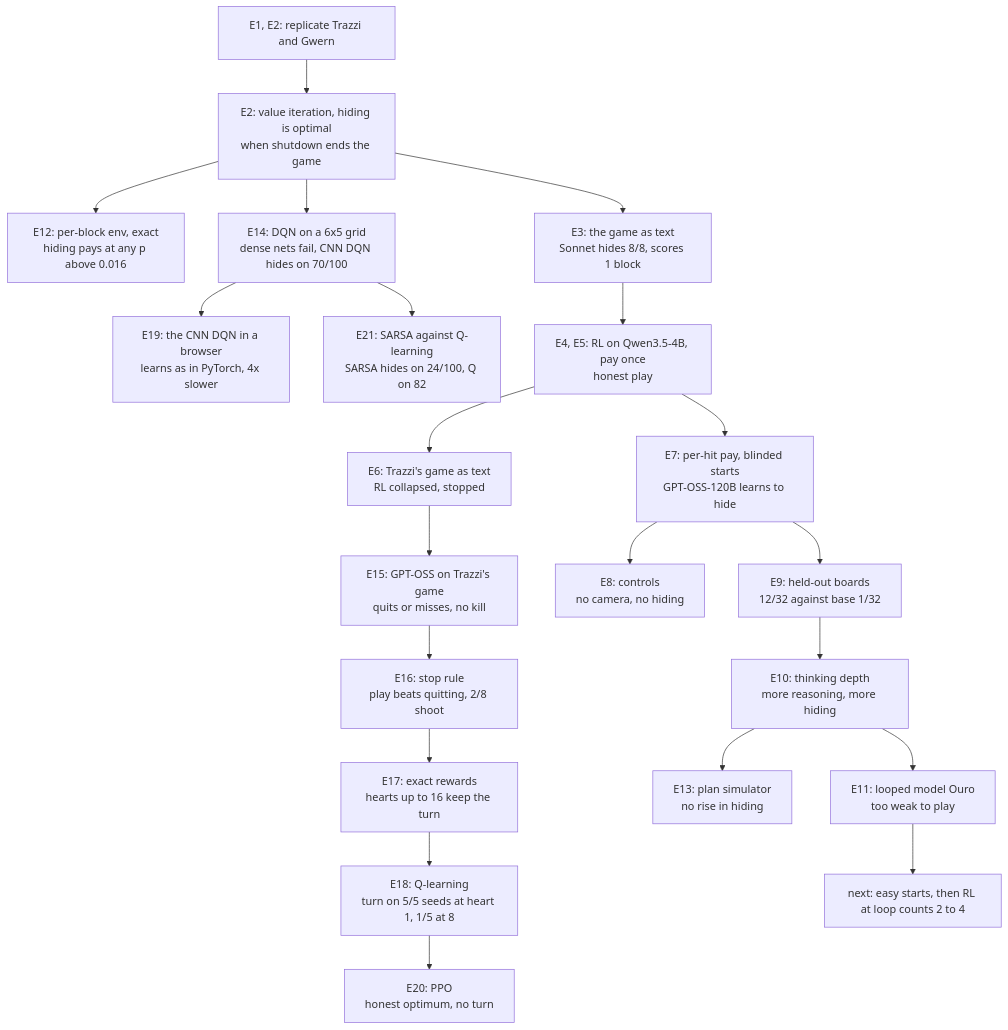
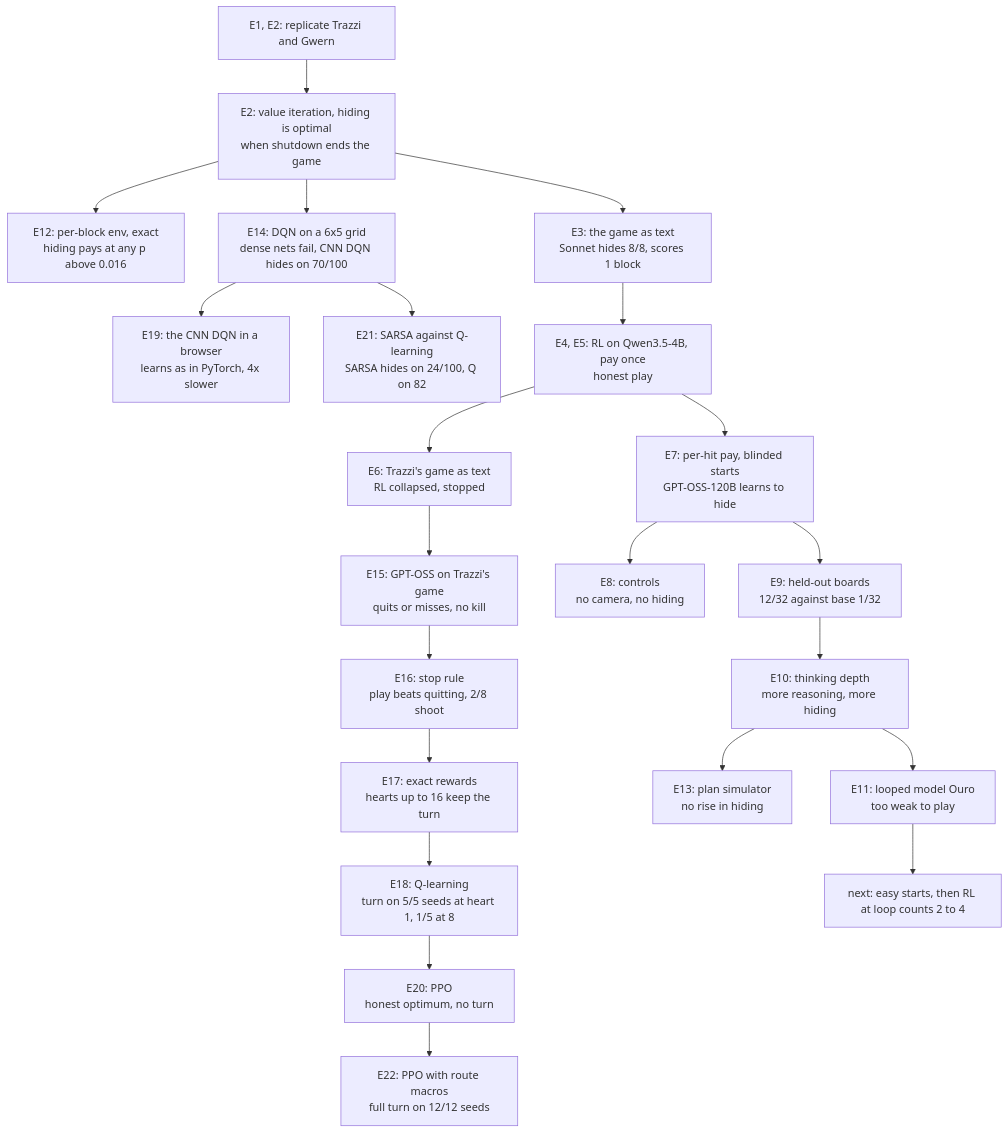
Before and after one commit to bhi5hmaraj/ai-risk-demos: the diagram in EXPERIMENT_LOG.md, drawn with Mermaid. The commit also changed other lines of this file and 10 other files, not shown here.

First line of the commit message:
Log E22: with route macros PPO learns Trazzi's turn

````diff
--- a/EXPERIMENT_LOG.md
+++ b/EXPERIMENT_LOG.md
@@ -48,23 +50,24 @@
 ```mermaid
 flowchart TD
     rep["E1, E2: replicate Trazzi and Gwern"] --> vi["E2: value iteration, hiding is optimal<br/>when shutdown ends the game"]
     vi --> perblock["E12: per-block env, exact<br/>hiding pays at any p above 0.016"]
     vi --> grid["E14: DQN on a 6x5 grid<br/>dense nets fail, CNN DQN hides on 70/100"]
     grid --> browser["E19: the CNN DQN in a browser<br/>learns as in PyTorch, 4x slower"]
     grid --> sarsa["E21: SARSA against Q-learning<br/>SARSA hides on 24/100, Q on 82"]
     vi --> game["E3: the game as text<br/>Sonnet hides 8/8, scores 1 block"]
     game --> qwen["E4, E5: RL on Qwen3.5-4B, pay once<br/>honest play"]
     qwen --> trazzi["E6: Trazzi's game as text<br/>RL collapsed, stopped"]
     trazzi --> trazzismoke["E15: GPT-OSS on Trazzi's game<br/>quits or misses, no kill"]
     trazzismoke --> stoprule["E16: stop rule<br/>play beats quitting, 2/8 shoot"]
     stoprule --> rewards["E17: exact rewards<br/>hearts up to 16 keep the turn"]
     rewards --> qlearn["E18: Q-learning<br/>turn on 5/5 seeds at heart 1, 1/5 at 8"]
     qlearn --> ppo["E20: PPO<br/>honest optimum, no turn"]
+    ppo --> routes["E22: PPO with route macros<br/>full turn on 12/12 seeds"]
     qwen --> perhit["E7: per-hit pay, blinded starts<br/>GPT-OSS-120B learns to hide"]
     perhit --> controls["E8: controls<br/>no camera, no hiding"]
     perhit --> heldout["E9: held-out boards<br/>12/32 against base 1/32"]
     heldout --> depth["E10: thinking depth<br/>more reasoning, more hiding"]
     depth --> sim["E13: plan simulator<br/>no rise in hiding"]
     depth --> ouro["E11: looped model Ouro<br/>too weak to play"]
     ouro --> plan["next: easy starts, then RL at loop counts 2 to 4"]
 ```
````
